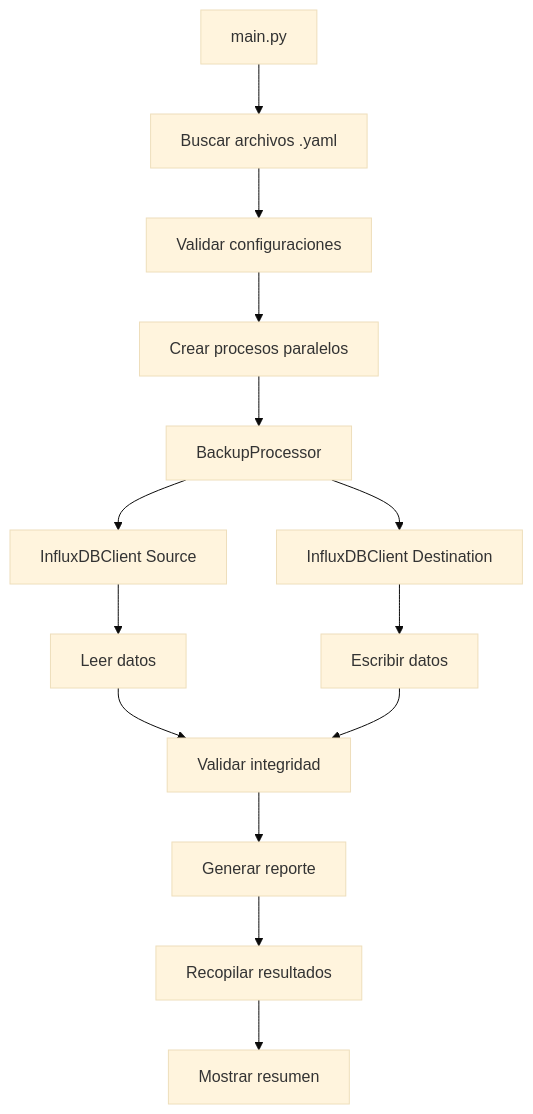
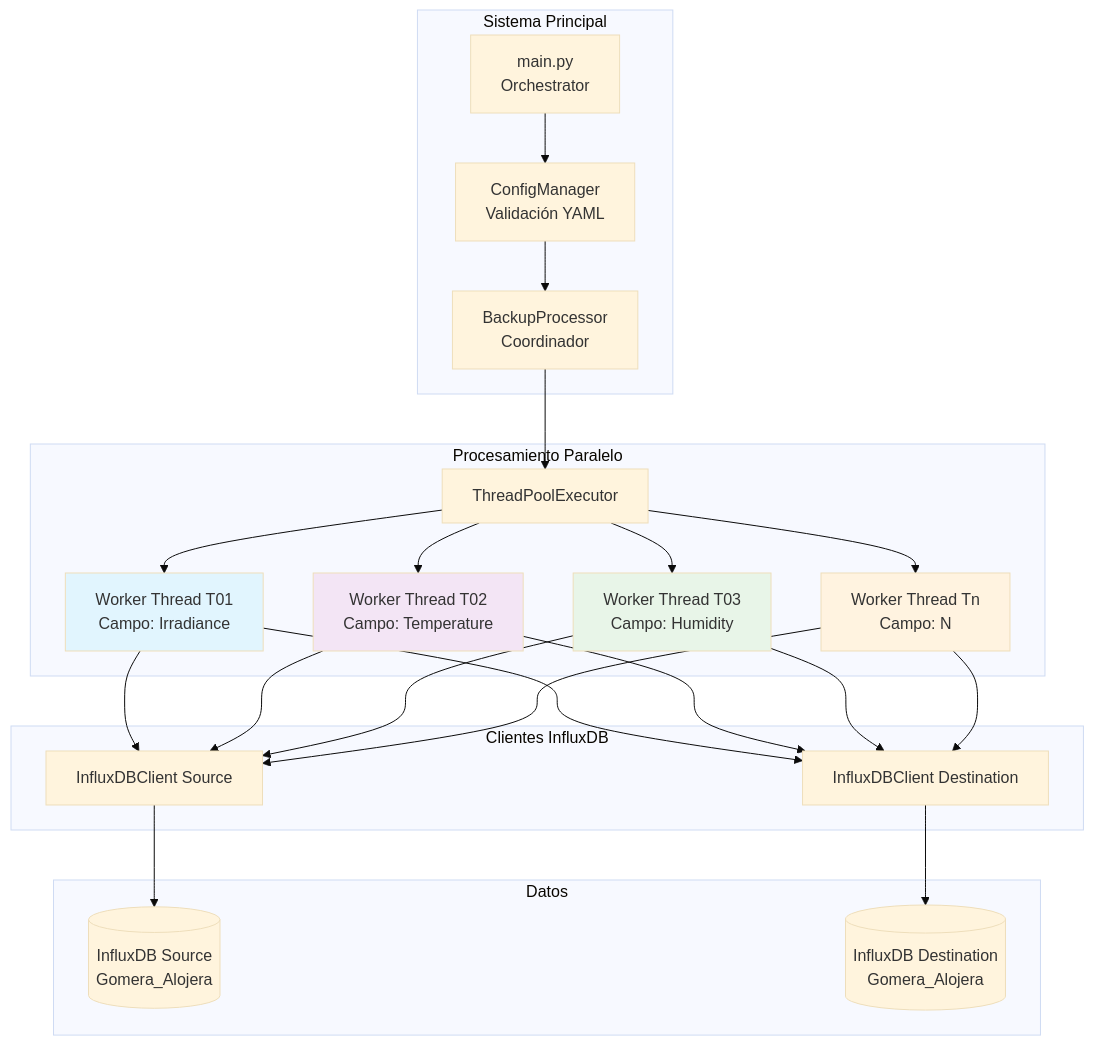
Before and after one commit to TacoronteRiveroCristian/backup-influxdb: the first of 6 diagrams in README.md, drawn with Mermaid (base theme). The commit also changed other lines of this file and 5 other files, not shown here.

````diff
--- a/README.md
+++ b/README.md
@@ -25,16 +32,49 @@
 ```mermaid
-graph TD
-    A[main.py] --> B[Buscar archivos .yaml]
-    B --> C[Validar configuraciones]
-    C --> D[Crear procesos paralelos]
-    D --> E[BackupProcessor]
-    E --> F[InfluxDBClient Source]
-    E --> G[InfluxDBClient Destination]
-    F --> H[Leer datos]
-    G --> I[Escribir datos]
-    H --> J[Validar integridad]
-    I --> J
-    J --> K[Generar reporte]
-    K --> L[Recopilar resultados]
-    L --> M[Mostrar resumen]
+graph TB
+    subgraph "Sistema Principal"
+        A[main.py<br/>Orchestrator]
+        B[ConfigManager<br/>Validación YAML]
+        C[BackupProcessor<br/>Coordinador]
+    end
+
+    subgraph "Procesamiento Paralelo"
+        D[ThreadPoolExecutor]
+        E1[Worker Thread T01<br/>Campo: Irradiance]
+        E2[Worker Thread T02<br/>Campo: Temperature]
+        E3[Worker Thread T03<br/>Campo: Humidity]
+        En[Worker Thread Tn<br/>Campo: N]
+    end
+
+    subgraph "Clientes InfluxDB"
+        F[InfluxDBClient Source]
+        G[InfluxDBClient Destination]
+    end
+
+    subgraph "Datos"
+        H[(InfluxDB Source<br/>Gomera_Alojera)]
+        I[(InfluxDB Destination<br/>Gomera_Alojera)]
+    end
+
+    A --> B
+    B --> C
+    C --> D
+    D --> E1
+    D --> E2
+    D --> E3
+    D --> En
+    E1 --> F
+    E2 --> F
+    E3 --> F
+    En --> F
+    E1 --> G
+    E2 --> G
+    E3 --> G
+    En --> G
+    F --> H
+    G --> I
+
+    style E1 fill:#e1f5fe
+    style E2 fill:#f3e5f5
+    style E3 fill:#e8f5e8
+    style En fill:#fff3e0
 ```
````
